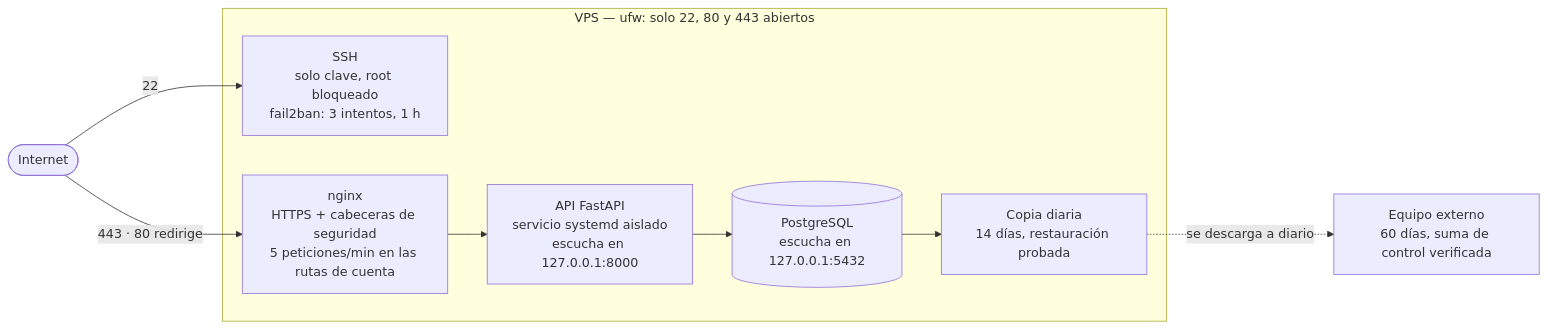
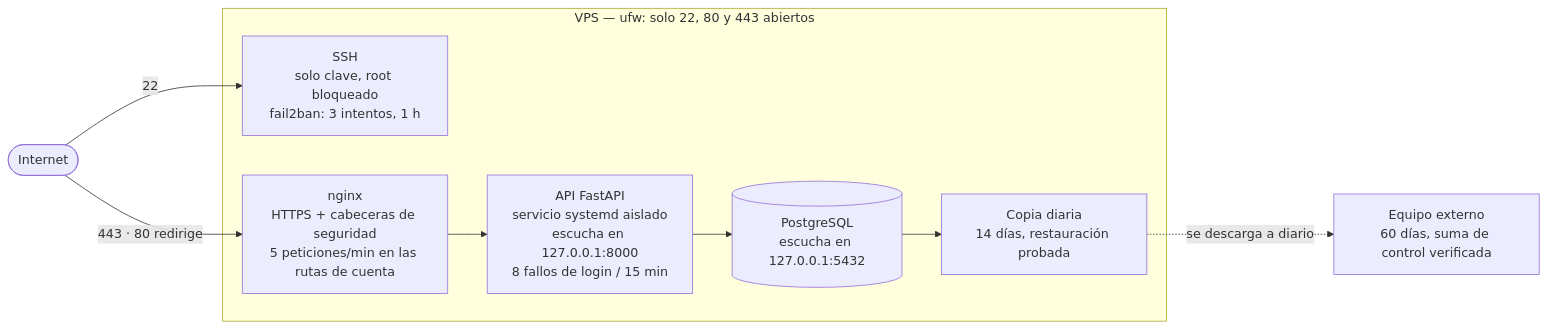
Before and after one commit to driandel/vps-hardening-ubuntu: the diagram in README.md, drawn with Mermaid. The commit also changed other lines of this file, not shown here.

````diff
--- a/README.md
+++ b/README.md
@@ -19,21 +19,21 @@
 ```mermaid
 flowchart LR
   net([Internet])
 
   subgraph vps["VPS — ufw: solo 22, 80 y 443 abiertos"]
     ssh["SSH<br/>solo clave, root bloqueado<br/>fail2ban: 3 intentos, 1 h"]
     ngx["nginx<br/>HTTPS + cabeceras de seguridad<br/>5 peticiones/min en las rutas de cuenta"]
-    api["API FastAPI<br/>servicio systemd aislado<br/>escucha en 127.0.0.1:8000"]
+    api["API FastAPI<br/>servicio systemd aislado<br/>escucha en 127.0.0.1:8000<br/>8 fallos de login / 15 min"]
     db[("PostgreSQL<br/>escucha en 127.0.0.1:5432")]
     bak["Copia diaria<br/>14 días, restauración probada"]
   end
 
   pc["Equipo externo<br/>60 días, suma de control verificada"]
 
   net -->|"443 · 80 redirige"| ngx
   net -->|22| ssh
   ngx --> api
   api --> db
   db --> bak
   bak -.->|"se descarga a diario"| pc
 ```
````
